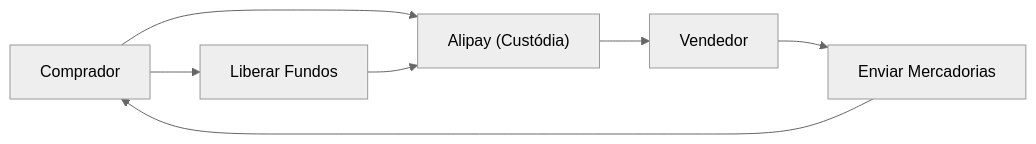
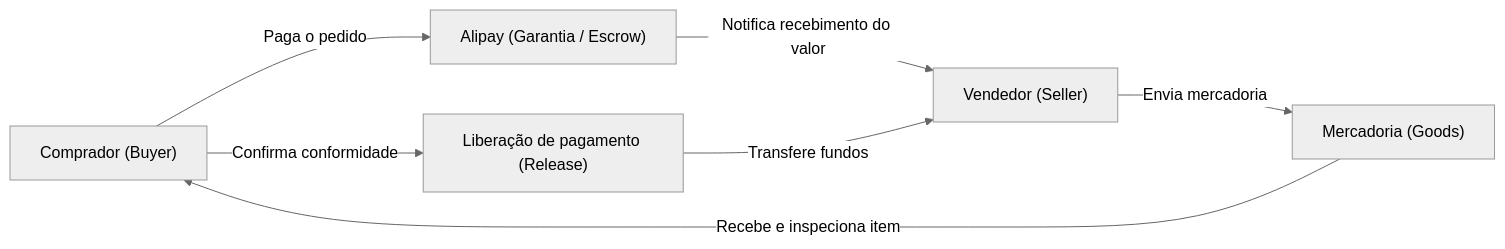
The diagram in content/post/history-of-alibaba/index.pt.md (kenjinote/blog), drawn with Mermaid (neutral theme) before and after one commit. The commit also changed other lines of this file and 219 other files, not shown here.

````diff
--- a/content/post/history-of-alibaba/index.pt.md
+++ b/content/post/history-of-alibaba/index.pt.md
@@ -24,9 +46,9 @@
 ```mermaid
 flowchart LR
-    Buyer["Comprador"] --> Alipay["Alipay (Custódia)"]
-    Alipay --> Seller["Vendedor"]
-    Seller --> Goods["Enviar Mercadorias"]
-    Goods --> Buyer
-    Buyer --> Release["Liberar Fundos"]
-    Release --> Alipay
+    Buyer["Comprador (Buyer)"] -->|Paga o pedido| Alipay["Alipay (Garantia / Escrow)"]
+    Alipay -->|Notifica recebimento do valor| Seller["Vendedor (Seller)"]
+    Seller -->|Envia mercadoria| Goods["Mercadoria (Goods)"]
+    Goods -->|Recebe e inspeciona item| Buyer
+    Buyer -->|Confirma conformidade| Release["Liberação de pagamento (Release)"]
+    Release -->|Transfere fundos| Seller
 ```
````
